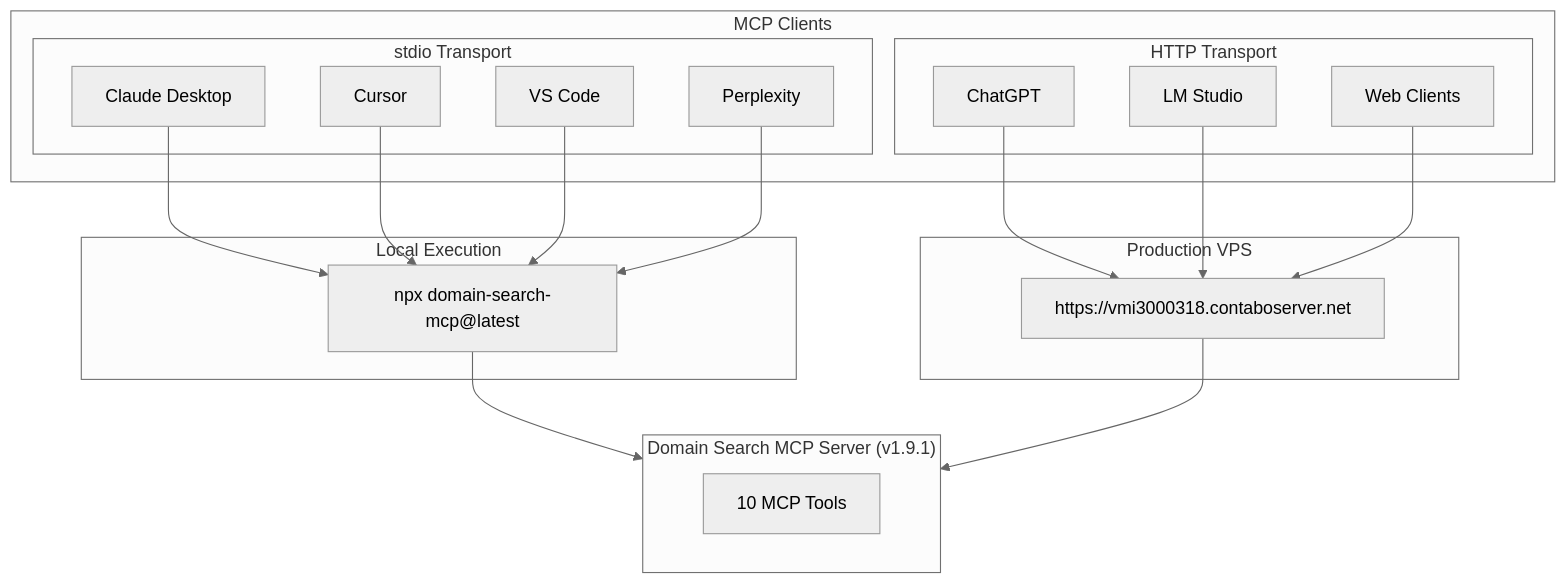
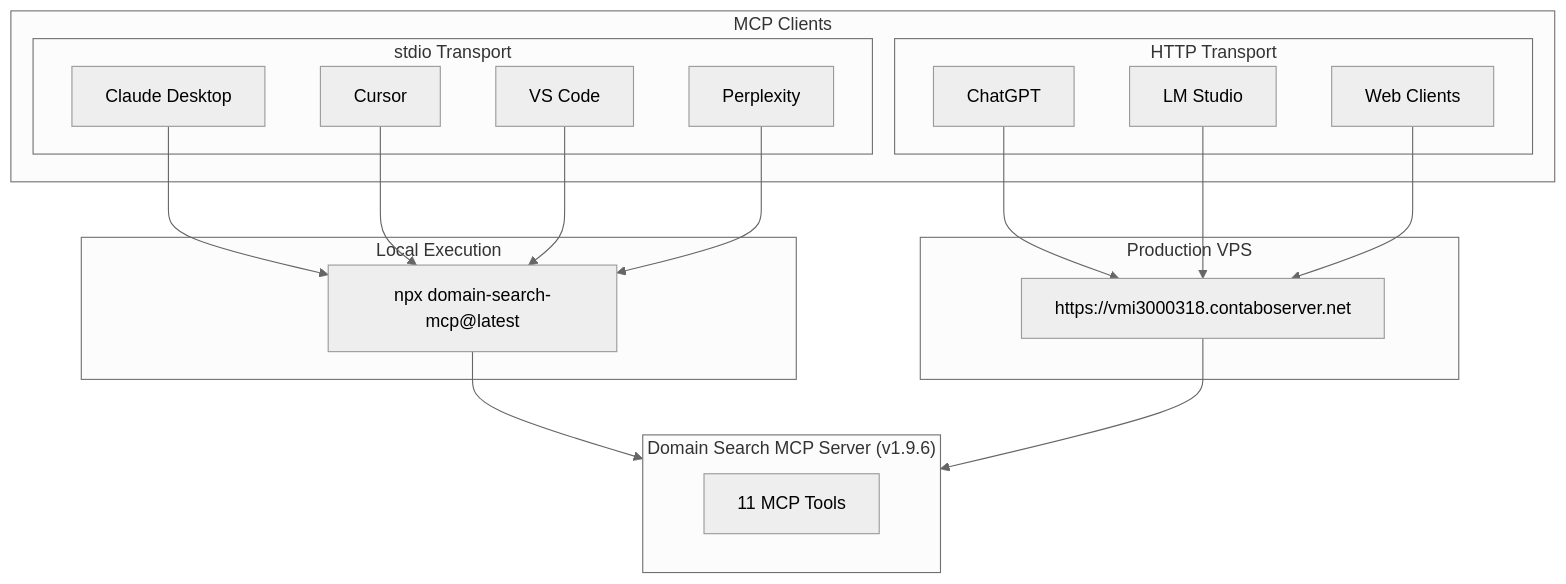
The first of 8 diagrams in docs/ARCHITECTURE.md (dorukardahan/domain-search-mcp), drawn with Mermaid (neutral theme) before and after one commit. The commit also changed other lines of this file and 6 other files, not shown here.

````diff
--- a/docs/ARCHITECTURE.md
+++ b/docs/ARCHITECTURE.md
@@ -21,34 +21,34 @@
 ```mermaid
 flowchart TB
     subgraph Clients["MCP Clients"]
         subgraph STDIO["stdio Transport"]
             CD[Claude Desktop]
             CU[Cursor]
             VS[VS Code]
             PX[Perplexity]
         end
         subgraph HTTP["HTTP Transport"]
             CG[ChatGPT]
             LM[LM Studio]
             WC[Web Clients]
         end
     end
 
     subgraph Local["Local Execution"]
         NPX["npx domain-search-mcp@latest"]
     end
 
     subgraph VPS["Production VPS"]
         HTTPS["https://vmi3000318.contaboserver.net"]
     end
 
     CD & CU & VS & PX --> NPX
     CG & LM & WC --> HTTPS
 
     NPX --> SERVER
     HTTPS --> SERVER
 
-    subgraph SERVER["Domain Search MCP Server (v1.9.1)"]
-        TOOLS[10 MCP Tools]
+    subgraph SERVER["Domain Search MCP Server (v1.9.6)"]
+        TOOLS[11 MCP Tools]
     end
 ```
````
